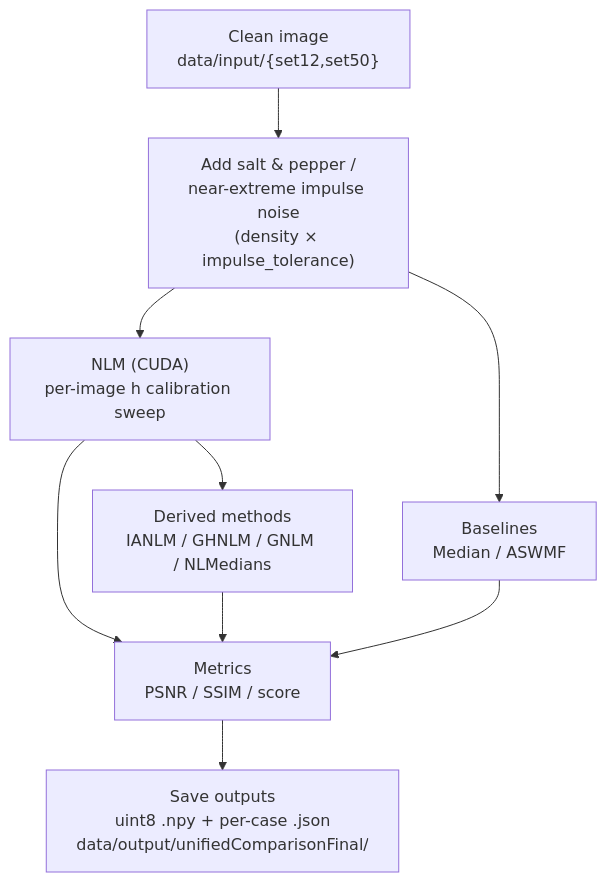
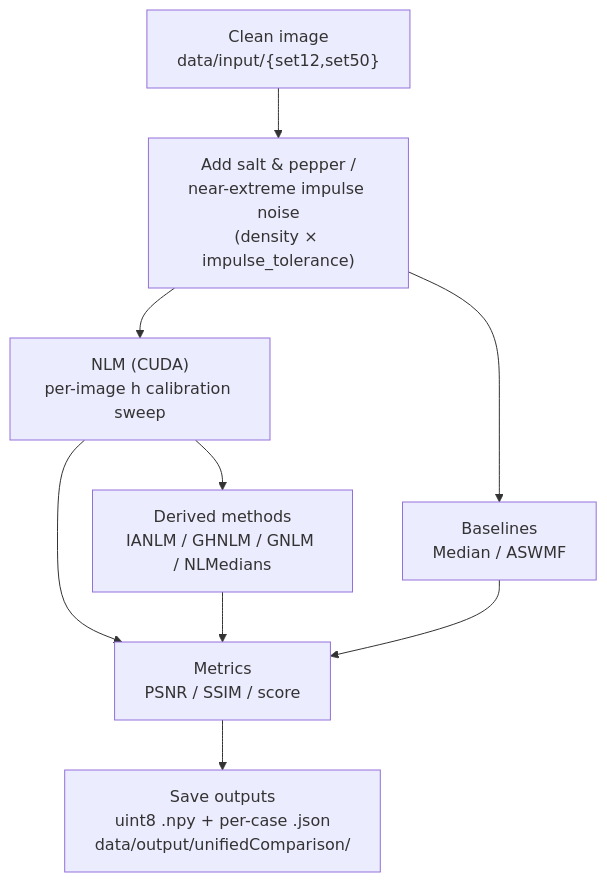
One commit to AdrianoCarvalh0/SaltNoisyFilterGeoNLM changed the diagram in README.md. Above: the diagram before and after it, drawn with Mermaid. The commit also changed other lines of this file and 4 other files, not shown here.

````diff
--- a/README.md
+++ b/README.md
@@ -278,24 +262,24 @@
 ```mermaid
 graph TD
     A["Clean image
 data/input/{set12,set50}"] --> B["Add salt & pepper /
 near-extreme impulse noise
 (density × impulse_tolerance)"]
 
     B --> C["NLM (CUDA)
 per-image h calibration sweep"]
 
     C --> D["Derived methods
 IANLM / GHNLM / GNLM / NLMedians"]
     B --> E["Baselines
 Median / ASWMF"]
 
     C --> F["Metrics
 PSNR / SSIM / score"]
     D --> F
     E --> F
 
     F --> G["Save outputs
 uint8 .npy + per-case .json
-data/output/unifiedComparisonFinal/"]
+data/output/unifiedComparison/"]
 ```
````
